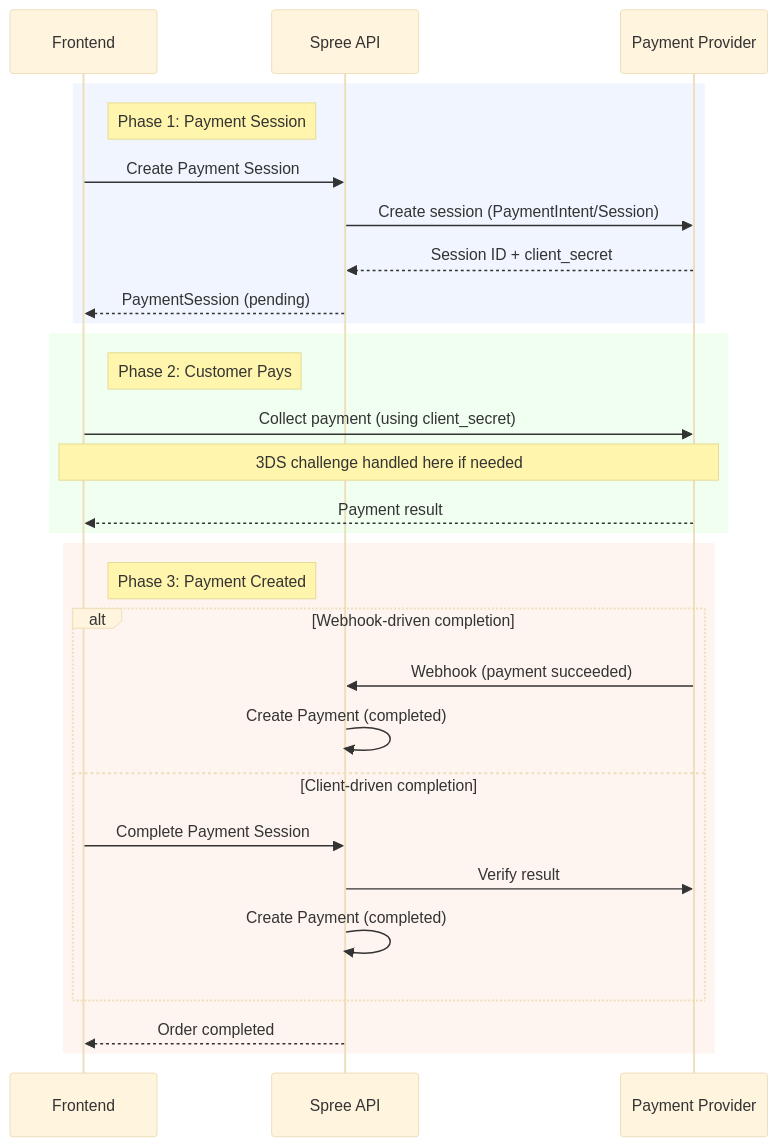
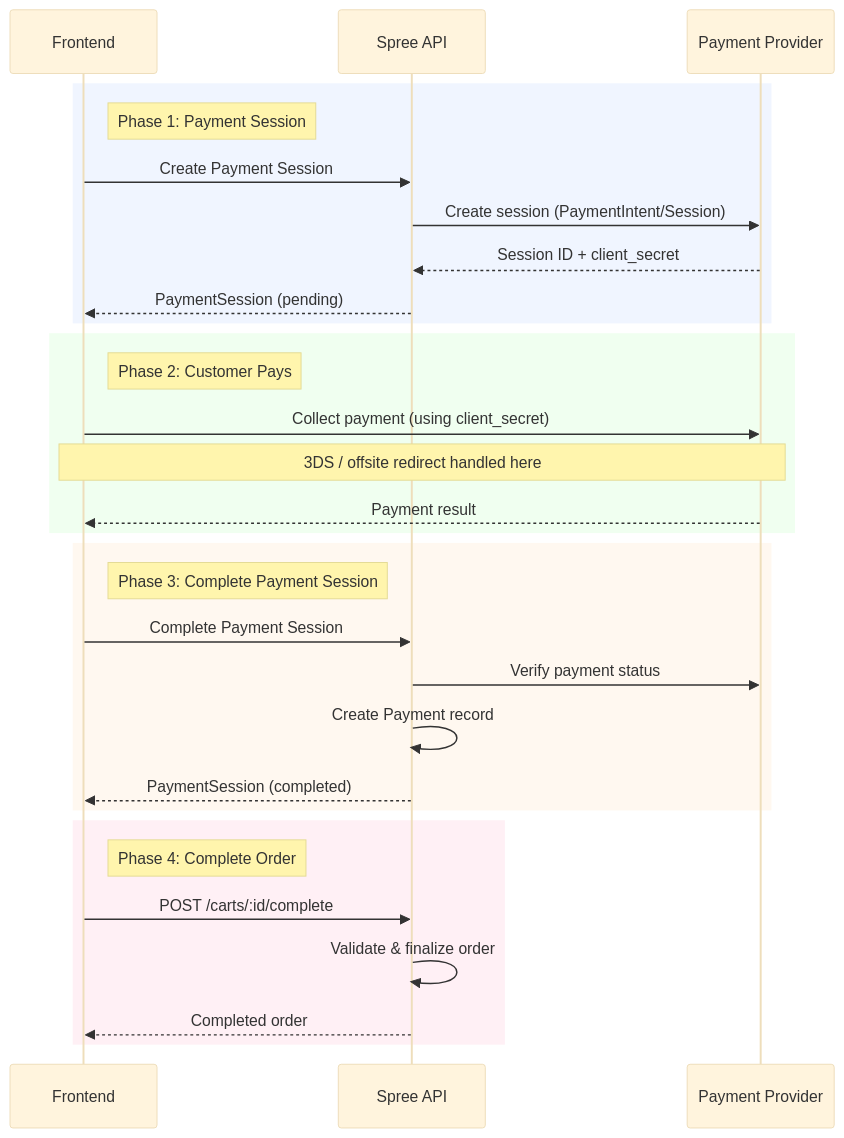
One commit to spree/spree changed the second of 8 diagrams in docs/developer/core-concepts/payments.mdx. Above: the diagram before and after it, drawn with Mermaid (base theme). The commit also changed other lines of this file and 18 other files, not shown here.

First line of the commit message:
Payment Session Webhooks infrastructure (#13776)

````diff
--- a/docs/developer/core-concepts/payments.mdx
+++ b/docs/developer/core-concepts/payments.mdx
@@ -187,34 +187,36 @@
 ```mermaid
 sequenceDiagram
     participant Frontend
     participant Spree API
     participant Payment Provider
 
     rect rgb(240, 245, 255)
     note right of Frontend: Phase 1: Payment Session
     Frontend->>Spree API: Create Payment Session
     Spree API->>Payment Provider: Create session (PaymentIntent/Session)
     Payment Provider-->>Spree API: Session ID + client_secret
     Spree API-->>Frontend: PaymentSession (pending)
     end
 
     rect rgb(240, 255, 240)
     note right of Frontend: Phase 2: Customer Pays
     Frontend->>Payment Provider: Collect payment (using client_secret)
-    Note over Frontend,Payment Provider: 3DS challenge handled here if needed
+    Note over Frontend,Payment Provider: 3DS / offsite redirect handled here
     Payment Provider-->>Frontend: Payment result
     end
 
-    rect rgb(255, 245, 240)
-    note right of Frontend: Phase 3: Payment Created
-    alt Webhook-driven completion
-        Payment Provider->>Spree API: Webhook (payment succeeded)
-        Spree API->>Spree API: Create Payment (completed)
-    else Client-driven completion
-        Frontend->>Spree API: Complete Payment Session
-        Spree API->>Payment Provider: Verify result
-        Spree API->>Spree API: Create Payment (completed)
+    rect rgb(255, 248, 240)
+    note right of Frontend: Phase 3: Complete Payment Session
+    Frontend->>Spree API: Complete Payment Session
+    Spree API->>Payment Provider: Verify payment status
+    Spree API->>Spree API: Create Payment record
+    Spree API-->>Frontend: PaymentSession (completed)
     end
-    Spree API-->>Frontend: Order completed
+
+    rect rgb(255, 240, 245)
+    note right of Frontend: Phase 4: Complete Order
+    Frontend->>Spree API: POST /carts/:id/complete
+    Spree API->>Spree API: Validate & finalize order
+    Spree API-->>Frontend: Completed order
     end
 ```
````
